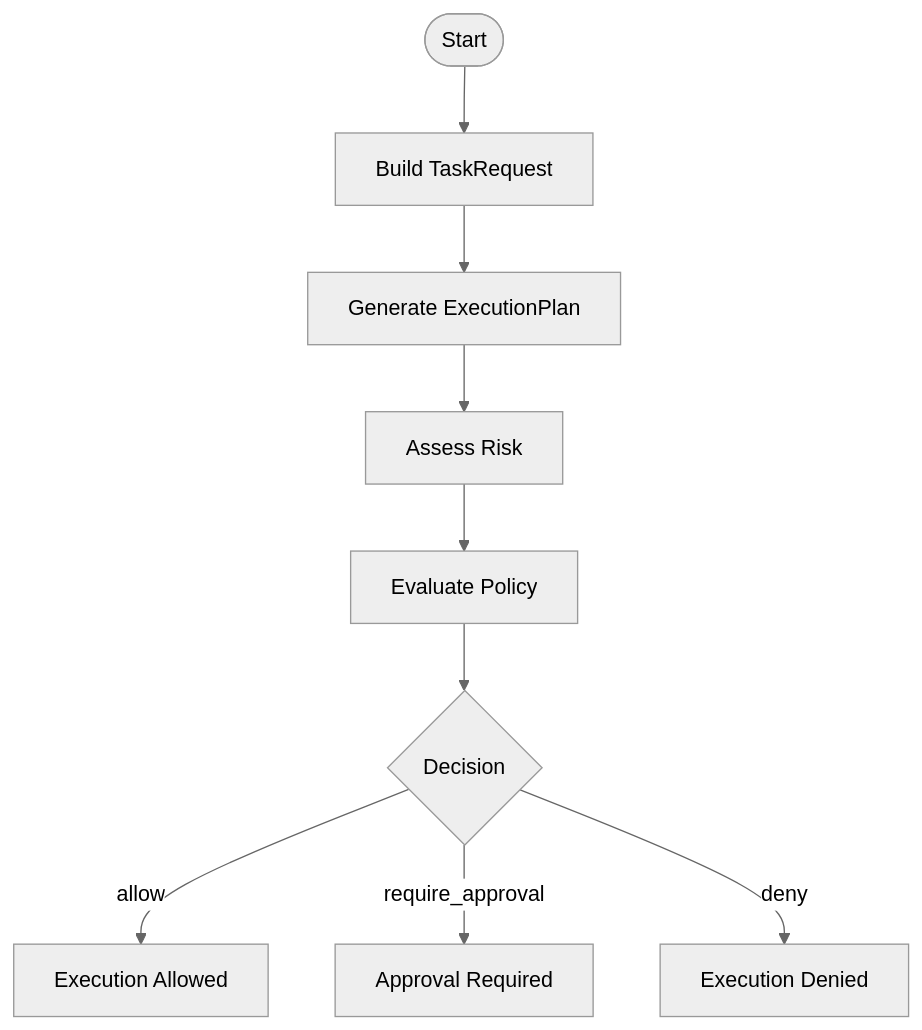
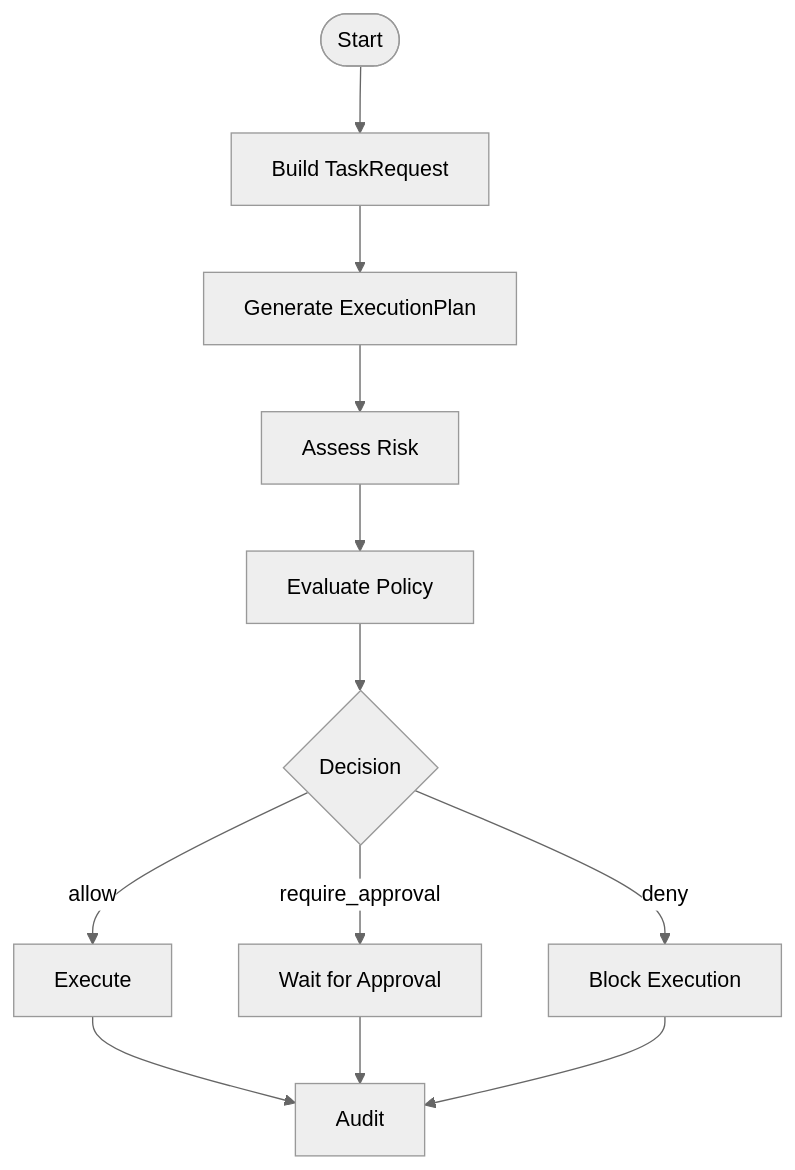
Before and after one commit to Ahasva/agent-control-core: the third of 4 diagrams in README.md, drawn with Mermaid (neutral theme). The commit also changed other lines of this file, not shown here.

````diff
--- a/README.md
+++ b/README.md
@@ -243,11 +226,14 @@
 ```mermaid
 flowchart TD
-    S([Start]) --> B[Build TaskRequest]
-    B --> P[Generate ExecutionPlan]
+    S([Start]) --> T[Build TaskRequest]
+    T --> P[Generate ExecutionPlan]
     P --> R[Assess Risk]
     R --> E[Evaluate Policy]
     E --> D{Decision}
-    D -- allow --> A[Execution Allowed]
-    D -- require_approval --> Q[Approval Required]
-    D -- deny --> X[Execution Denied]
+    D -- allow --> X[Execute]
+    D -- require_approval --> Q[Wait for Approval]
+    D -- deny --> N[Block Execution]
+    X --> L[Audit]
+    Q --> L
+    N --> L
 ```
````
